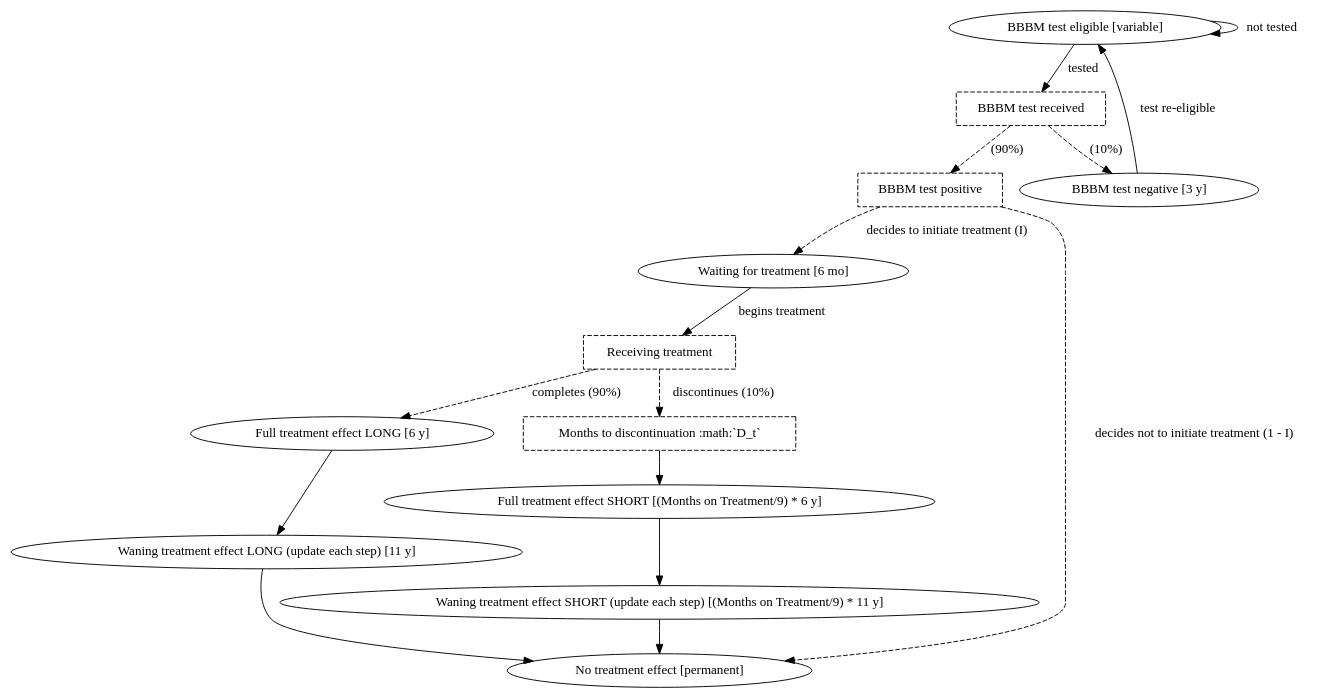
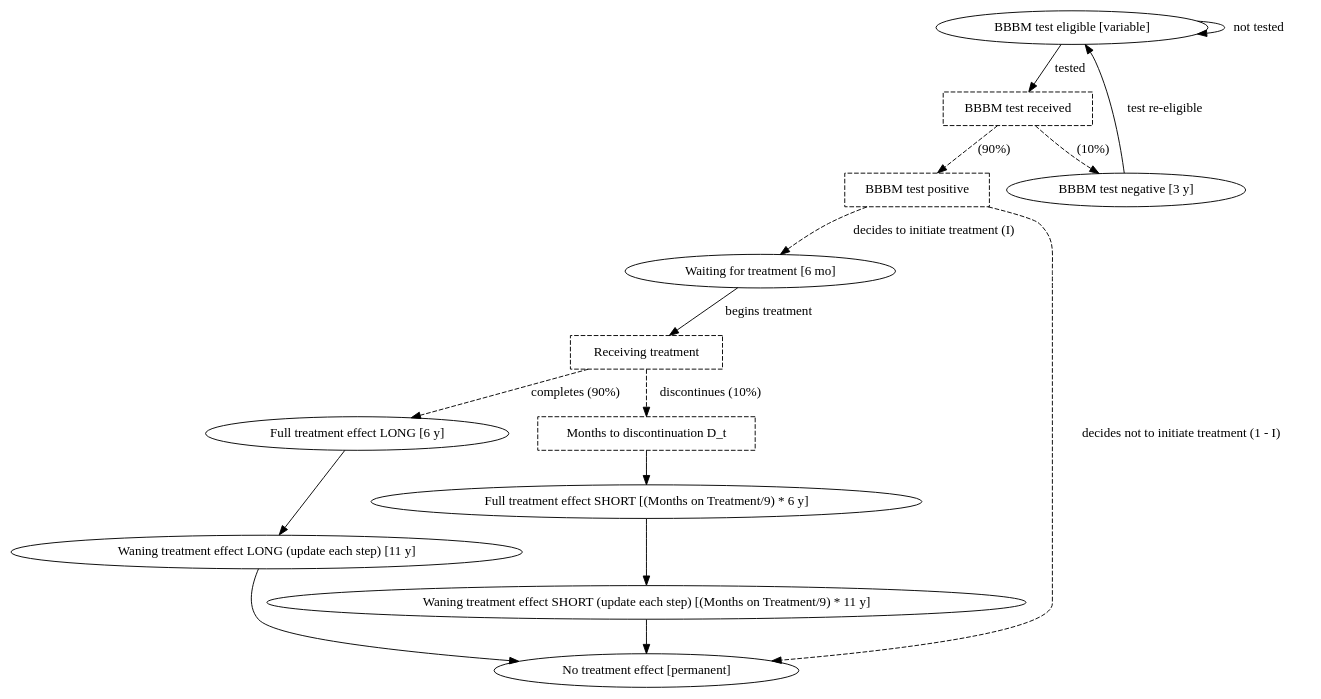
One commit to ihmeuw/vivarium_research changed the diagram in docs/source/models/intervention_models/alzheimers/hypothetical_treatment.rst. Above: the diagram before and after it, drawn with Graphviz. The commit also changed other lines of this file, not shown here.

```diff
--- a/docs/source/models/intervention_models/alzheimers/hypothetical_treatment.rst
+++ b/docs/source/models/intervention_models/alzheimers/hypothetical_treatment.rst
@@ -83,44 +83,44 @@
 .. graphviz::
 
     digraph treatment_states {
         rankdir = TB;
         el [label="BBBM test eligible [variable]"]
         test [label="BBBM test received", style=dashed, shape=box]
 
         pos [label="BBBM test positive", style=dashed, shape=box]
         neg [label="BBBM test negative [3 y]"]
 
         wait [label="Waiting for treatment [6 mo]"]
         in_treat [label="Receiving treatment", style=dashed, shape=box]
         no_treat [label="No treatment effect [permanent]"]
 
         treat [label="Full treatment effect LONG [6 y]"]
         wane [label="Waning treatment effect LONG (update each step) [11 y]"]
 
-        discon_time [label = "Months to discontinuation :math:`D_t`", style=dashed, shape=box]
+        discon_time [label = "Months to discontinuation D_t", style=dashed, shape=box]
         treat_short [label = "Full treatment effect SHORT [(Months on Treatment/9) * 6 y]"]
         wane_short [label = "Waning treatment effect SHORT (update each step) [(Months on Treatment/9) * 11 y]"]
 
         el -> test [label = "tested"]
         el -> el [label = "not tested"]
 
         test -> pos  [label = "(90%)", style=dashed]
         test -> neg [label = "(10%)", style=dashed]
         neg -> el [label = "test re-eligible"]
 
         pos -> wait [label = "decides to initiate treatment (I)", style=dashed]
         pos -> no_treat [label = "decides not to initiate treatment (1 - I)", style=dashed]
 
         wait -> in_treat [label = "begins treatment"]
         in_treat -> treat [label = "completes (90%)", style=dashed]
 
         in_treat -> discon_time [label = "discontinues (10%)", style=dashed]
         discon_time -> treat_short
 
         treat_short -> wane_short
         wane_short -> no_treat
 
         treat -> wane 
 
         wane -> no_treat
     }
```
